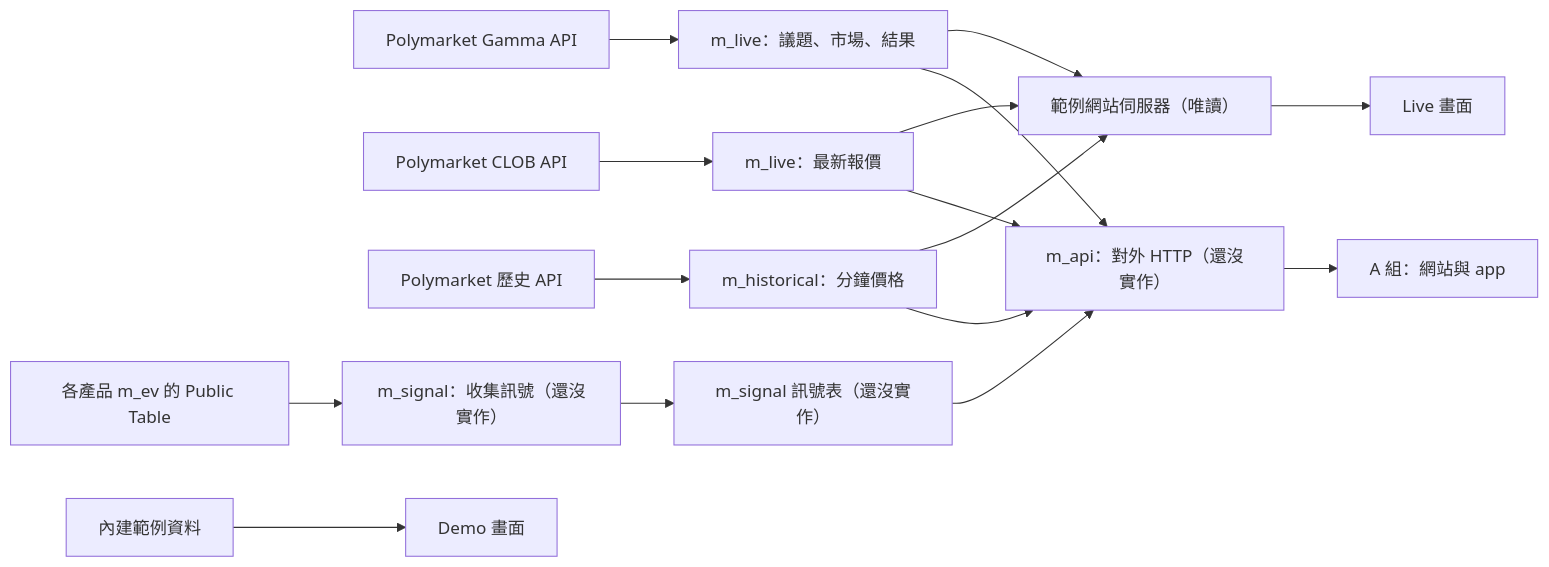
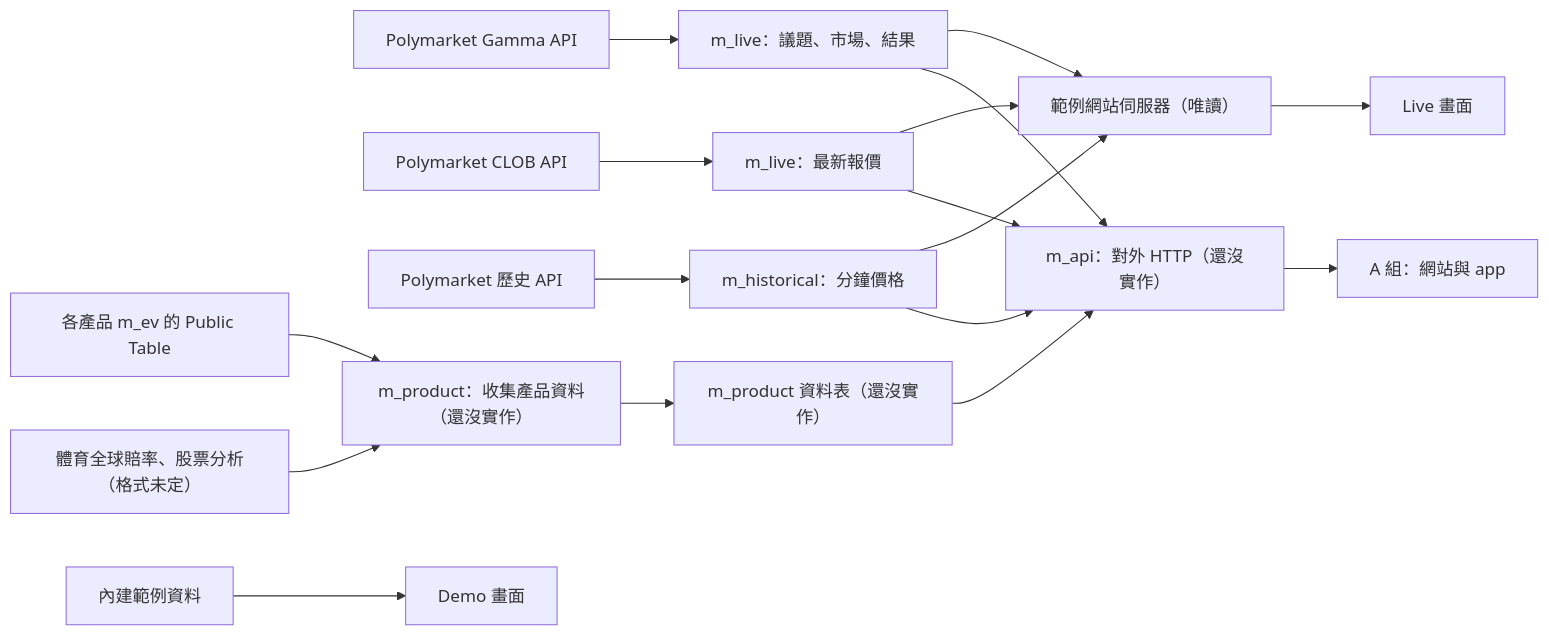
Before and after one commit to LightingArb/lac: the diagram in README.md, drawn with Mermaid. The commit also changed other lines of this file and 133 other files, not shown here.

````diff
--- a/README.md
+++ b/README.md
@@ -162,18 +164,19 @@
 ```mermaid
 flowchart LR
     G["Polymarket Gamma API"] --> M["m_live：議題、市場、結果"]
     C["Polymarket CLOB API"] --> Q["m_live：最新報價"]
     H["Polymarket 歷史 API"] --> P["m_historical：分鐘價格"]
     M --> V["範例網站伺服器（唯讀）"]
     Q --> V
     P --> V
     V --> L["Live 畫面"]
     D["內建範例資料"] --> R["Demo 畫面"]
-    E["各產品 m_ev 的 Public Table"] --> S["m_signal：收集訊號（還沒實作）"]
-    S --> T["m_signal 訊號表（還沒實作）"]
+    E["各產品 m_ev 的 Public Table"] --> S["m_product：收集產品資料（還沒實作）"]
+    X["體育全球賠率、股票分析（格式未定）"] --> S
+    S --> T["m_product 資料表（還沒實作）"]
     M --> A["m_api：對外 HTTP（還沒實作）"]
     Q --> A
     P --> A
     T --> A
     A --> U["A 組：網站與 app"]
 ```
````
